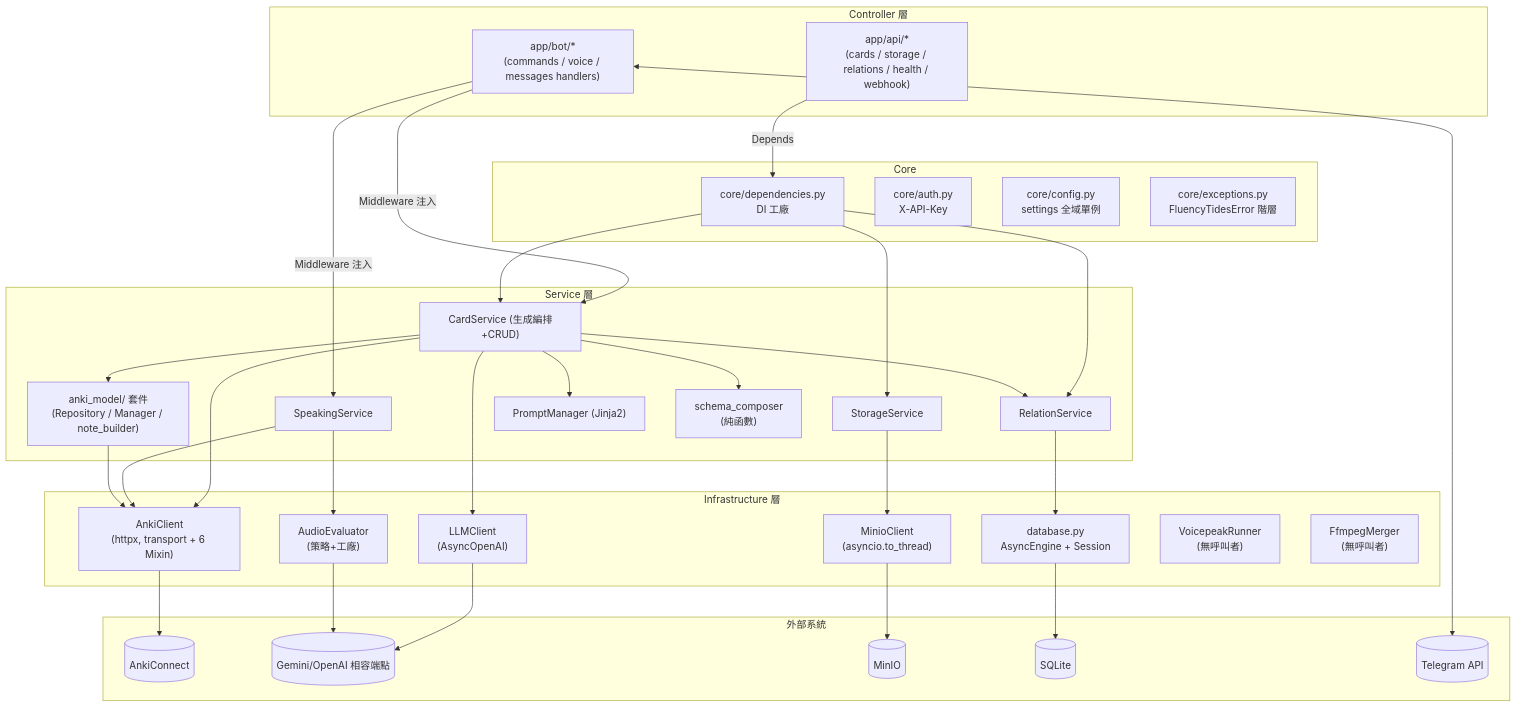
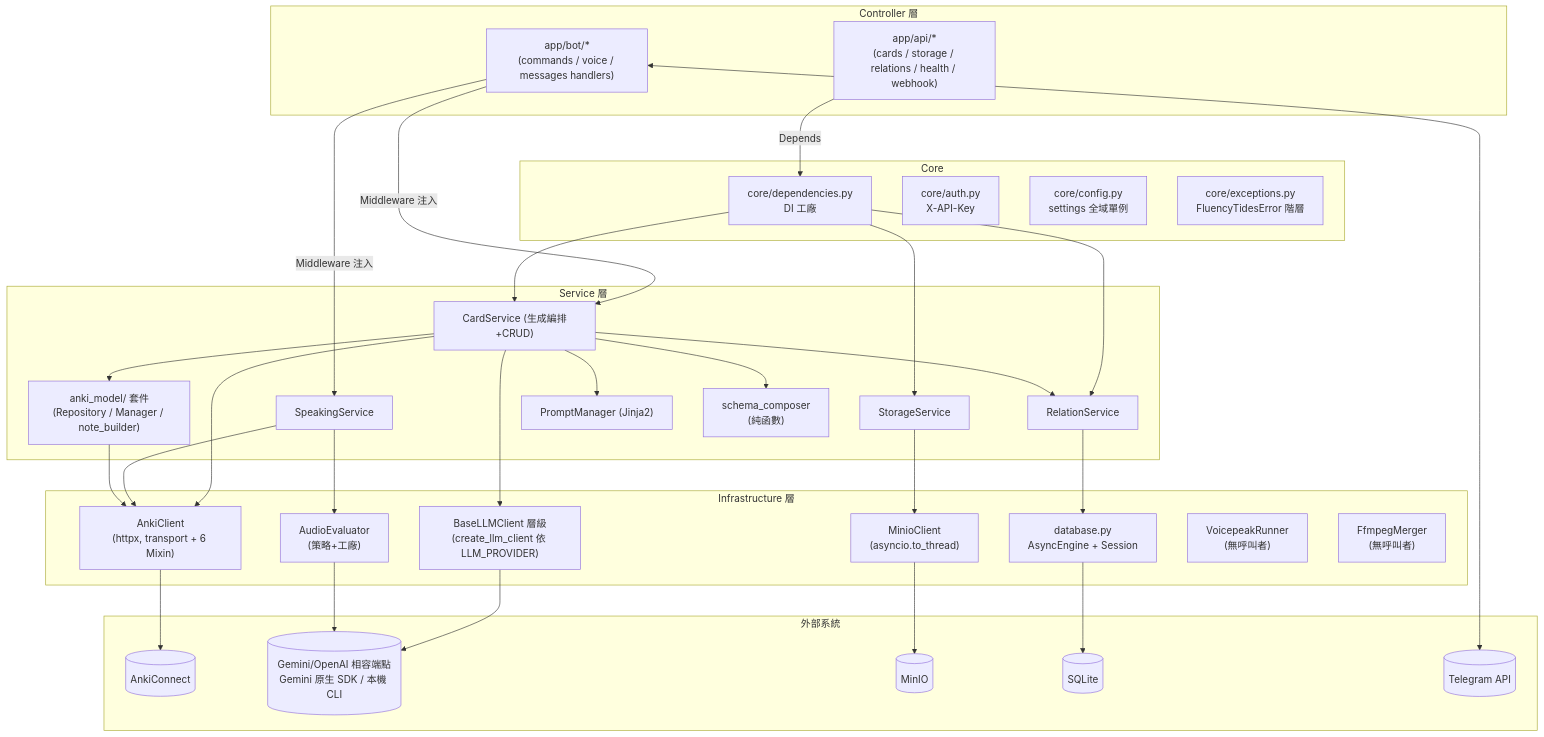
The first of 6 diagrams in docs/bk/02_Backend_Architecture.md (jacky917/FluencyTides), drawn with Mermaid before and after one commit. The commit also changed other lines of this file and 3 other files, not shown here.

````diff
--- a/docs/bk/02_Backend_Architecture.md
+++ b/docs/bk/02_Backend_Architecture.md
@@ -80,55 +80,55 @@
 ```mermaid
 graph TB
     subgraph Controller 層
         API["app/api/*<br/>(cards / storage / relations / health / webhook)"]
         BOT["app/bot/*<br/>(commands / voice / messages handlers)"]
     end
     subgraph Core
         DEP["core/dependencies.py<br/>DI 工廠"]
         AUTH["core/auth.py<br/>X-API-Key"]
         CFG["core/config.py<br/>settings 全域單例"]
         EXC["core/exceptions.py<br/>FluencyTidesError 階層"]
     end
     subgraph Service 層
         CS["CardService (生成編排+CRUD)"]
         SPK["SpeakingService"]
         AMM["anki_model/ 套件<br/>(Repository / Manager / note_builder)"]
         RS["RelationService"]
         SS["StorageService"]
         PM["PromptManager (Jinja2)"]
         SC["schema_composer<br/>(純函數)"]
     end
     subgraph Infrastructure 層
         ANKI["AnkiClient<br/>(httpx, transport + 6 Mixin)"]
-        LLM["LLMClient<br/>(AsyncOpenAI)"]
+        LLM["BaseLLMClient 層級<br/>(create_llm_client 依 LLM_PROVIDER)"]
         MINIO["MinioClient<br/>(asyncio.to_thread)"]
         DB["database.py<br/>AsyncEngine + Session"]
         AE["AudioEvaluator<br/>(策略+工廠)"]
         VP["VoicepeakRunner<br/>(無呼叫者)"]
         FF["FfmpegMerger<br/>(無呼叫者)"]
     end
     subgraph 外部系統
         AC[(AnkiConnect)]
-        GM[(Gemini/OpenAI 相容端點)]
+        GM[(Gemini/OpenAI 相容端點<br/>Gemini 原生 SDK / 本機 CLI)]
         MO[(MinIO)]
         SQ[(SQLite)]
         TG[(Telegram API)]
     end
 
     API -->|Depends| DEP
     BOT -->|Middleware 注入| CS
     BOT -->|Middleware 注入| SPK
     DEP --> CS & RS & SS
     CS --> AMM & PM & RS & SC
     CS --> ANKI & LLM
     SPK --> ANKI & AE
     AMM --> ANKI
     RS --> DB
     SS --> MINIO
     ANKI --> AC
     LLM --> GM
     AE --> GM
     MINIO --> MO
     DB --> SQ
     BOT <--> TG
 ```
````
